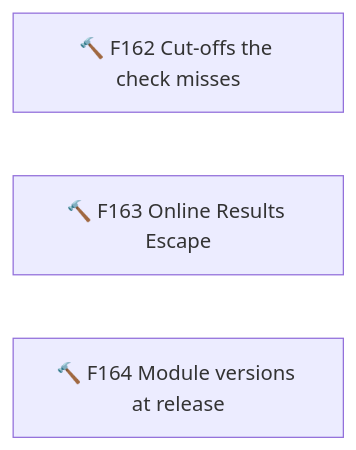
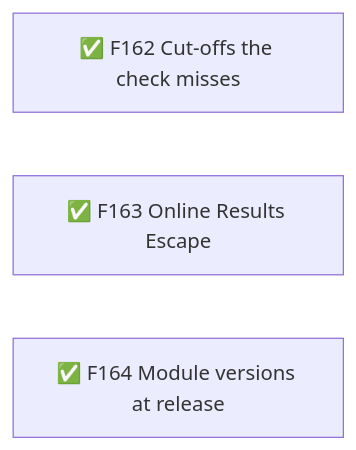
Diagram 29 of 29 in .planning/ROADMAP.md (TheBlueMuzzy/framework), drawn with Mermaid before and after one commit. The commit also changed other lines of this file and 2 other files, not shown here.

Commit message:
v0.31 deliver prep: notes, ROADMAP ✅, STATE, security reviewed 94ccb74

````diff
--- a/.planning/ROADMAP.md
+++ b/.planning/ROADMAP.md
@@ -461,6 +461,6 @@
 ```mermaid
 flowchart LR
-  F162[🔨 F162 Cut-offs the check misses]
-  F163[🔨 F163 Online Results Escape]
-  F164[🔨 F164 Module versions at release]
+  F162[✅ F162 Cut-offs the check misses]
+  F163[✅ F163 Online Results Escape]
+  F164[✅ F164 Module versions at release]
 ```
````
